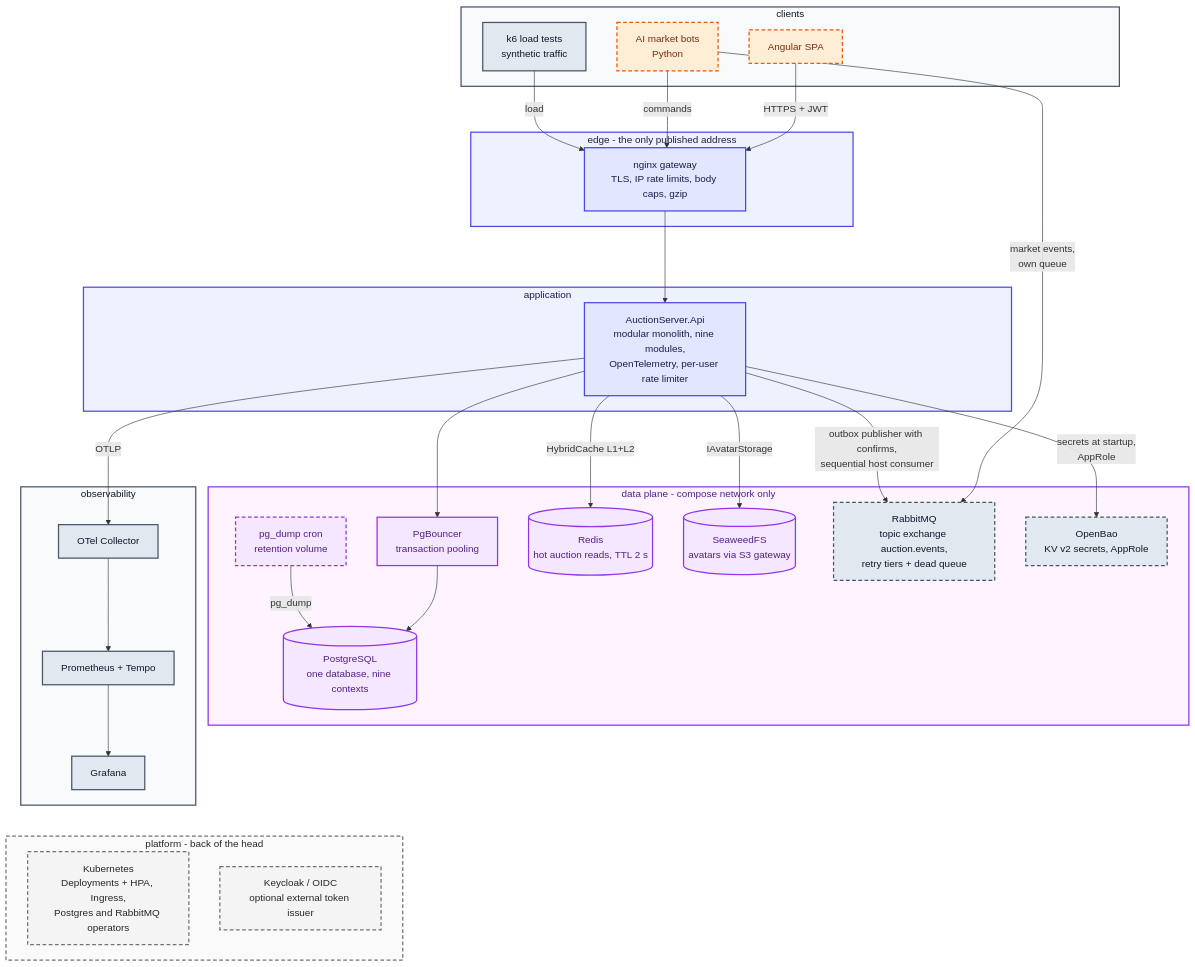
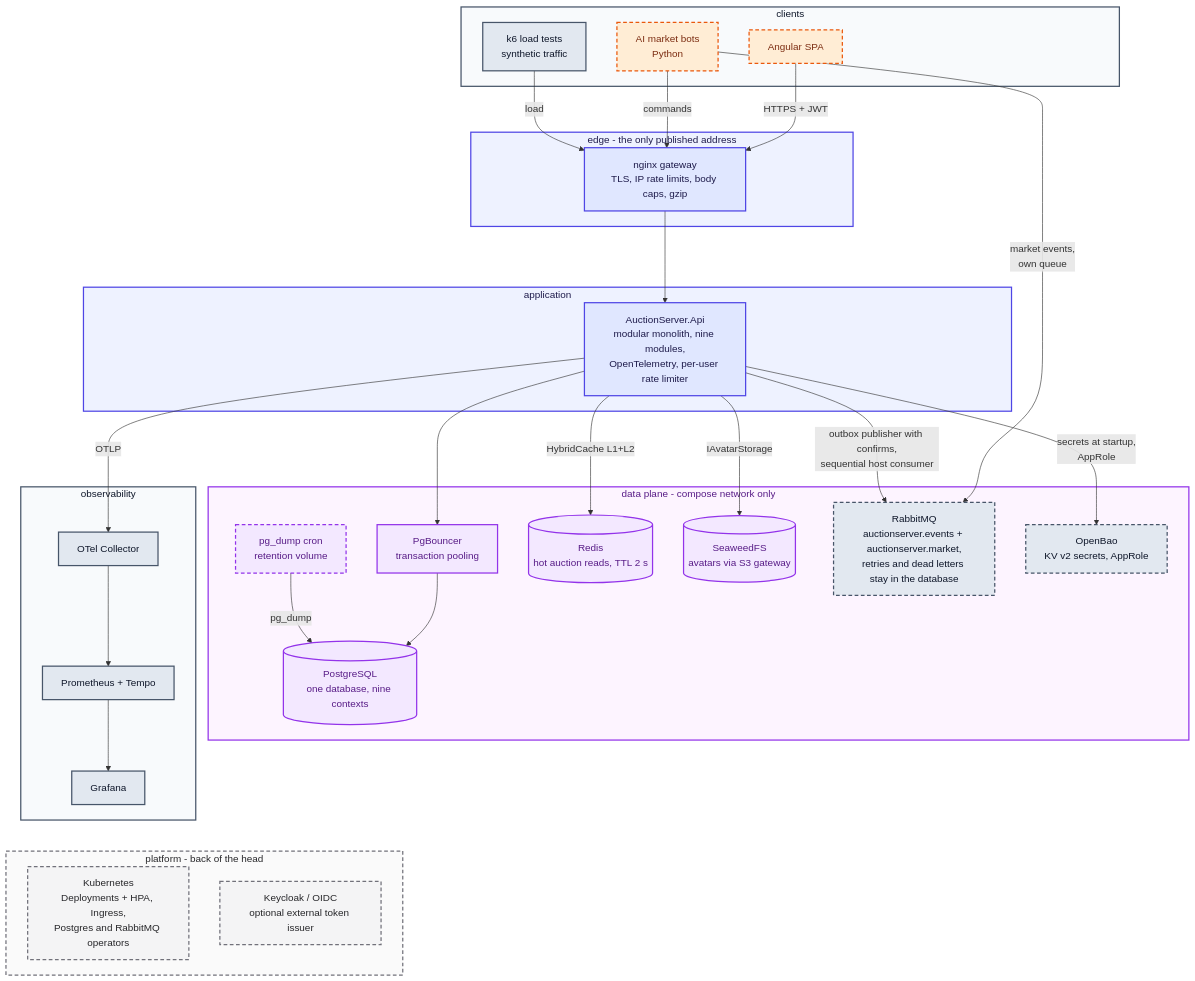
The diagram in docs/diagrams/src/vision-01-target-architecture.mmd (Zambrzyckii/Auction), drawn with Mermaid before and after one commit. The commit also changed 31 other files, not shown here.

```diff
--- a/docs/diagrams/src/vision-01-target-architecture.mmd
+++ b/docs/diagrams/src/vision-01-target-architecture.mmd
@@ -1,71 +1,71 @@
 flowchart TB
 
     subgraph Clients ["clients"]
         Spa["Angular SPA"]:::client
         Bots["AI market bots<br/>Python"]:::client
         K6["k6 load tests<br/>synthetic traffic"]:::shared
     end
 
     subgraph Edge ["edge - the only published address"]
         Gateway["nginx gateway<br/>TLS, IP rate limits, body caps, gzip"]:::host
     end
 
     subgraph App ["application"]
         Api["AuctionServer.Api<br/>modular monolith, nine modules,<br/>OpenTelemetry, per-user rate limiter"]:::host
     end
 
     subgraph Data ["data plane - compose network only"]
         PgBouncer["PgBouncer<br/>transaction pooling"]:::db
         Postgres[("PostgreSQL<br/>one database, nine contexts")]:::db
         Backup["pg_dump cron<br/>retention volume"]:::db
         Redis[("Redis<br/>hot auction reads, TTL 2 s")]:::db
         Seaweed[("SeaweedFS<br/>avatars via S3 gateway")]:::db
-        Rabbit["RabbitMQ<br/>topic exchange auction.events,<br/>retry tiers + dead queue"]:::shared
+        Rabbit["RabbitMQ<br/>auctionserver.events + auctionserver.market,<br/>retries and dead letters stay in the database"]:::shared
         Vault["OpenBao<br/>KV v2 secrets, AppRole"]:::shared
     end
 
     subgraph Telemetry ["observability"]
         Otel["OTel Collector"]:::shared
         Backends["Prometheus + Tempo"]:::shared
         Grafana["Grafana"]:::shared
     end
 
     subgraph Platform ["platform - back of the head"]
         K8s["Kubernetes<br/>Deployments + HPA, Ingress,<br/>Postgres and RabbitMQ operators"]:::planned
         Oidc["Keycloak / OIDC<br/>optional external token issuer"]:::planned
     end
 
     Spa -->|"HTTPS + JWT"| Gateway
     Bots -->|"commands"| Gateway
     K6 -->|"load"| Gateway
     Bots -->|"market events,<br/>own queue"| Rabbit
     Gateway --> Api
 
     Api --> PgBouncer --> Postgres
     Backup -->|"pg_dump"| Postgres
     Api -->|"HybridCache L1+L2"| Redis
     Api -->|"IAvatarStorage"| Seaweed
     Api -->|"outbox publisher with confirms,<br/>sequential host consumer"| Rabbit
     Api -->|"secrets at startup,<br/>AppRole"| Vault
     Api -->|"OTLP"| Otel --> Backends --> Grafana
 
     Grafana ~~~ K8s
 
     style Clients fill:#F8FAFC,stroke:#475569,stroke-width:2px,color:#0F172A
     style Edge fill:#EEF2FF,stroke:#4F46E5,stroke-width:2px,color:#1E1B4B
     style App fill:#EEF2FF,stroke:#4F46E5,stroke-width:2px,color:#1E1B4B
     style Data fill:#FDF4FF,stroke:#9333EA,stroke-width:2px,color:#581C87
     style Telemetry fill:#F8FAFC,stroke:#475569,stroke-width:2px,color:#0F172A
     style Platform fill:#FAFAFA,stroke:#71717A,stroke-width:2px,stroke-dasharray:6 4,color:#27272A
 
     style Spa stroke-dasharray:6 4
     style Bots stroke-dasharray:6 4
     style Backup stroke-dasharray:6 4
     style Rabbit stroke-dasharray:6 4
     style Vault stroke-dasharray:6 4
 
     classDef client    fill:#FFEDD5,stroke:#EA580C,stroke-width:2px,color:#7C2D12
     classDef host      fill:#E0E7FF,stroke:#4F46E5,stroke-width:2px,color:#1E1B4B
     classDef shared    fill:#E2E8F0,stroke:#475569,stroke-width:2px,color:#0F172A
     classDef planned   fill:#F4F4F5,stroke:#71717A,stroke-width:2px,stroke-dasharray:6 4,color:#27272A
     classDef db        fill:#F3E8FF,stroke:#9333EA,stroke-width:2px,color:#581C87
```
